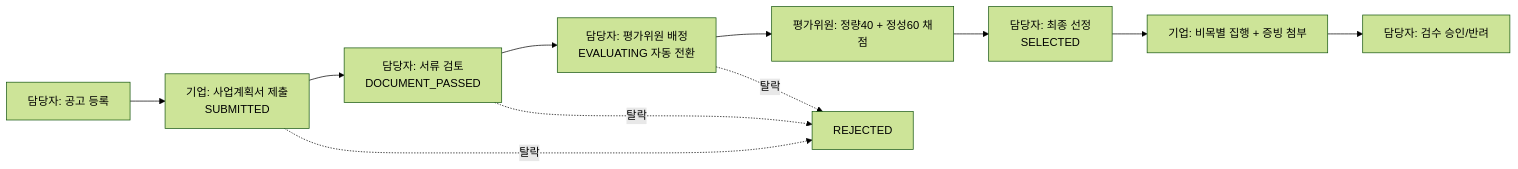
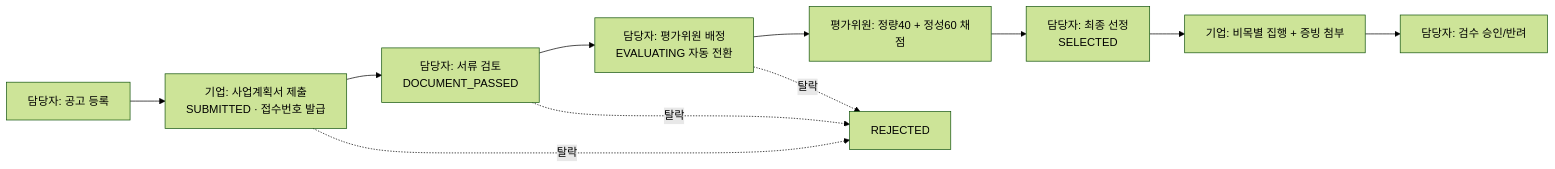
One commit to gwangco/daegu-pms changed the diagram in README.md. Above: the diagram before and after it, drawn with Mermaid (forest theme). The commit also changed other lines of this file and 2 other files, not shown here.

````diff
--- a/README.md
+++ b/README.md
@@ -25,13 +48,13 @@
 ```mermaid
 flowchart LR
-    A[담당자: 공고 등록] --> B[기업: 사업계획서 제출<br/>SUBMITTED]
+    A[담당자: 공고 등록] --> B[기업: 사업계획서 제출<br/>SUBMITTED · 접수번호 발급]
     B --> C[담당자: 서류 검토<br/>DOCUMENT_PASSED]
     C --> D[담당자: 평가위원 배정<br/>EVALUATING 자동 전환]
     D --> E[평가위원: 정량40 + 정성60 채점]
     E --> F[담당자: 최종 선정<br/>SELECTED]
     F --> G[기업: 비목별 집행 + 증빙 첨부]
     G --> H[담당자: 검수 승인/반려]
     B -. 탈락 .-> R[REJECTED]
     C -. 탈락 .-> R
     D -. 탈락 .-> R
 ```
````
